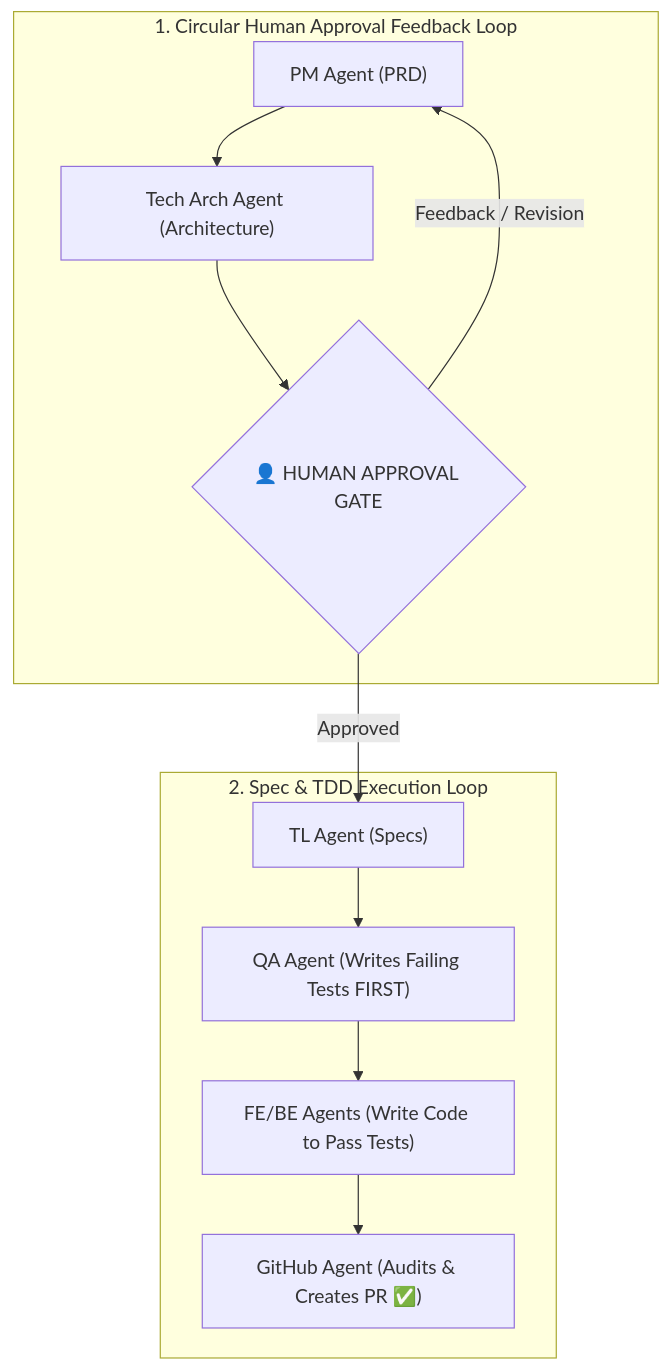
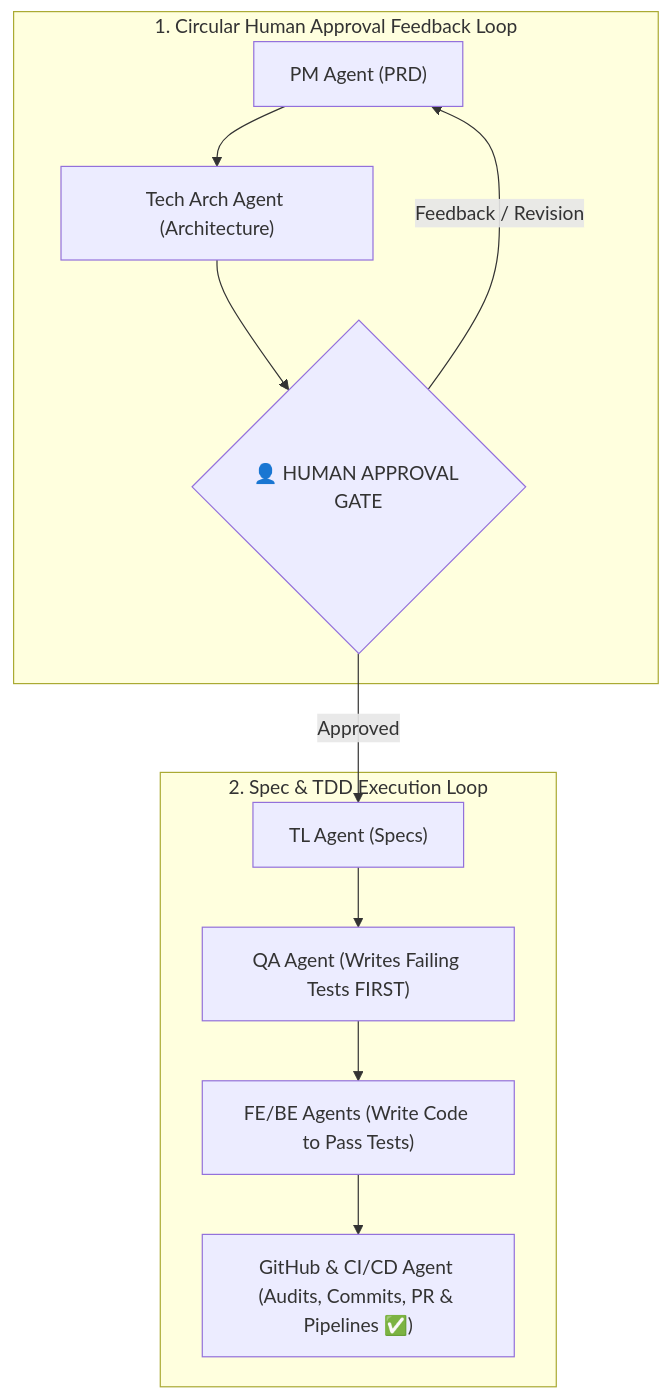
One commit to alokgupta02/DJP-v1 changed the second of 2 diagrams in docs/architecture/system/system-boundaries.md. Above: the diagram before and after it, drawn with Mermaid. The commit also changed other lines of this file and 36 other files, not shown here.

````diff
--- a/docs/architecture/system/system-boundaries.md
+++ b/docs/architecture/system/system-boundaries.md
@@ -71,19 +63,19 @@
 ```mermaid
 graph TD
     subgraph Loop1 [1. Circular Human Approval Feedback Loop]
         PM["PM Agent (PRD)"] 
         --> Arch["Tech Arch Agent (Architecture)"]
         --> Gate{"👤 HUMAN APPROVAL GATE"}
         
         Gate -->|Feedback / Revision| PM
     end
 
     subgraph Loop2 [2. Spec & TDD Execution Loop]
         TL["TL Agent (Specs)"] 
         --> QA["QA Agent (Writes Failing Tests FIRST)"]
         --> Dev["FE/BE Agents (Write Code to Pass Tests)"]
-        --> Git["GitHub Agent (Audits & Creates PR ✅)"]
+        --> Git["GitHub & CI/CD Agent (Audits, Commits, PR & Pipelines ✅)"]
     end
 
     Gate -->|Approved| TL
 ```
````
